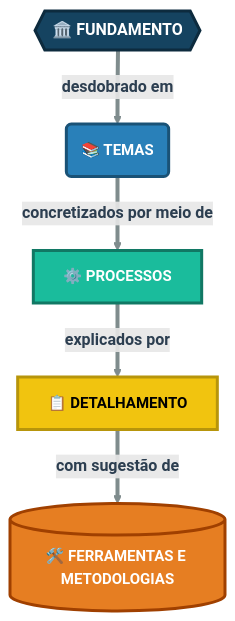
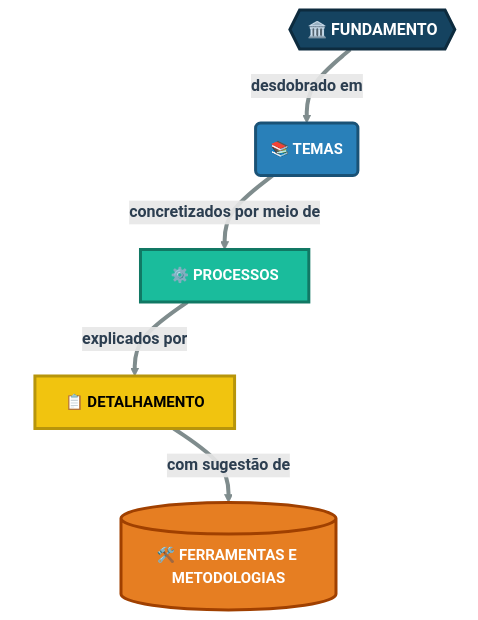
The sixth of 11 diagrams in chapters/cap2-modelos-gestao.qmd (rafasfer2/MiningAnalyticsBook), drawn with Mermaid before and after one commit. The commit also changed other lines of this file and 2 other files, not shown here.

Commit message:
Cap2: atualizar MASP/PDCA e incluir exercicio de retrabalho

````diff
--- a/chapters/cap2-modelos-gestao.qmd
+++ b/chapters/cap2-modelos-gestao.qmd
@@ -594,33 +681,64 @@
 ```{mermaid}
+%%| label: fig-cascata-implementacao
+%%| fig-cap: "Cascata de Implementação: Do Fundamento à Ferramenta"
+
 flowchart TD
 
     %% --- CONFIGURAÇÃO DE ESTILOS (Cascata do Abstrato para o Prático) ---
     classDef fund fill:#154360,stroke:#0d2b3e,stroke-width:3px,color:#ffffff,font-size:16px,font-weight:bold
     classDef tema fill:#2980b9,stroke:#1a5276,stroke-width:3px,color:#ffffff,font-size:15px,font-weight:bold
     classDef proc fill:#1abc9c,stroke:#117864,stroke-width:3px,color:#ffffff,font-size:15px,font-weight:bold
     classDef deta fill:#f1c40f,stroke:#b7950b,stroke-width:3px,color:#000000,font-size:15px,font-weight:bold
     classDef tool fill:#e67e22,stroke:#a04000,stroke-width:3px,color:#ffffff,font-size:15px,font-weight:bold
 
-    %% --- ESTRUTURA DOS NÓS (Diferenciando Conceito de Ferramenta) ---
+    %% Classe para ocultar os nós fantasmas que forçam o layout em escada
+    classDef ghost fill:none,stroke:none,color:transparent
+
+    %% --- ESTRUTURA DOS NÓS REAIS ---
     F{{"🏛️ FUNDAMENTO"}}
     T("📚 TEMAS")
     P["⚙️ PROCESSOS"]
     D["📋 DETALHAMENTO"]
     M[("🛠️ FERRAMENTAS E METODOLOGIAS")]
 
-    %% --- CONEXÕES (Com texto explicativo nas setas) ---
+    %% NÓS INVISÍVEIS PARA FORÇAR A ESCADA
+    i1[" "]
+    i2[" "]
+    i3[" "]
+    i4[" "]
+
+    %% --- CONEXÕES (A ordem das linhas empurra o fluxo para a direita) ---
+
+    %% Nível 1
+    F --- i1
     F == "desdobrado em" ==> T
+
+    %% Nível 2
+    T --- i2
     T == "concretizados por meio de" ==> P
+
+    %% Nível 3
+    P --- i3
     P == "explicados por" ==> D
+
+    %% Nível 4
+    D --- i4
     D == "com sugestão de" ==> M
 
-    %% Engrossando a linha direcional principal
-    linkStyle default stroke:#7f8c8d,stroke-width:4px,color:#2c3e50,font-weight:bold
+    %% --- CONTROLE DE VISIBILIDADE DAS LINHAS ---
+    %% Esconde as linhas que ligam aos nós fantasmas (Índices pares)
+    linkStyle 0,2,4,6 stroke:none,fill:none,color:transparent
+
+    %% Engrossa e destaca as linhas reais da sua escada (Índices ímpares)
+    linkStyle 1,3,5,7 stroke:#7f8c8d,stroke-width:4px,color:#2c3e50,font-weight:bold
 
     %% --- APLICAÇÃO DOS ESTILOS ---
     class F fund;
     class T tema;
     class P proc;
     class D deta;
     class M tool;
+
+    %% Aplicando a invisibilidade aos nós de apoio
+    class i1,i2,i3,i4 ghost;
 ```
````
